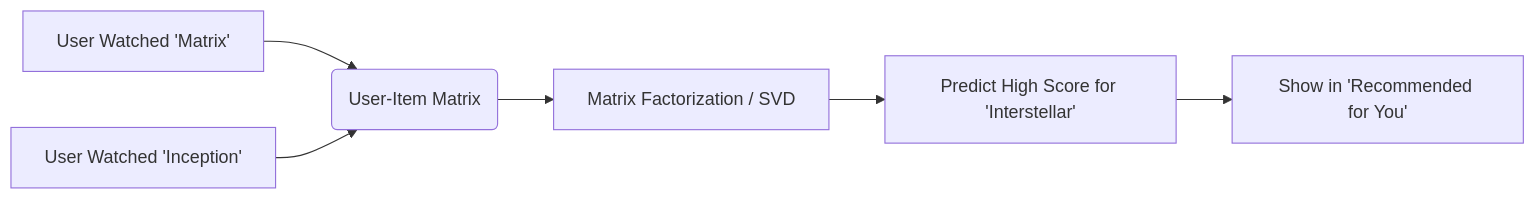
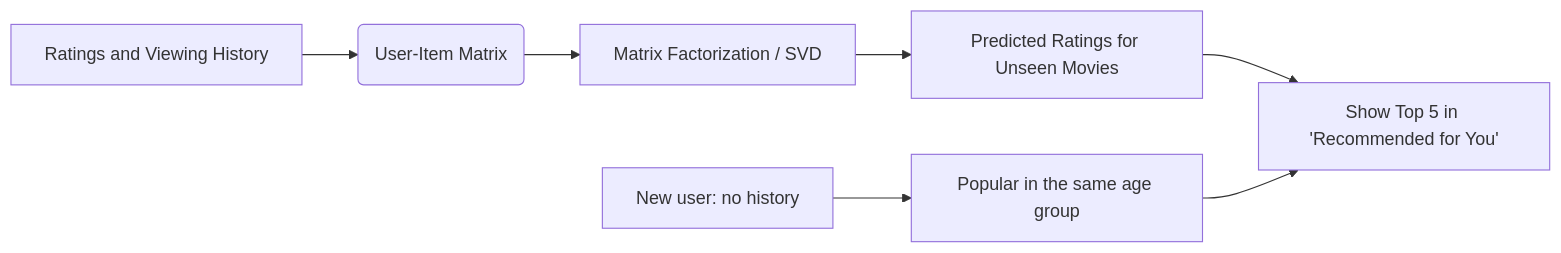
Diagram 20 of 20 in 04_data_science/DATA_SCIENCE_ANSWERS.md (Web3Dev300/ai-journey), drawn with Mermaid before and after one commit. The commit also changed other lines of this file and 10 other files, not shown here.

````diff
--- a/04_data_science/DATA_SCIENCE_ANSWERS.md
+++ b/04_data_science/DATA_SCIENCE_ANSWERS.md
@@ -954,8 +1438,9 @@
 ```mermaid
 flowchart LR
-    A[User Watched 'Matrix'] --> B(User-Item Matrix)
-    C[User Watched 'Inception'] --> B
+    A[Ratings and Viewing History] --> B(User-Item Matrix)
     B --> D[Matrix Factorization / SVD]
-    D --> E[Predict High Score for 'Interstellar']
-    E --> F[Show in 'Recommended for You']
+    D --> E[Predicted Ratings for Unseen Movies]
+    E --> F[Show Top 5 in 'Recommended for You']
+    N["New user: no history"] --> P[Popular in the same age group]
+    P --> F
 ```
````
